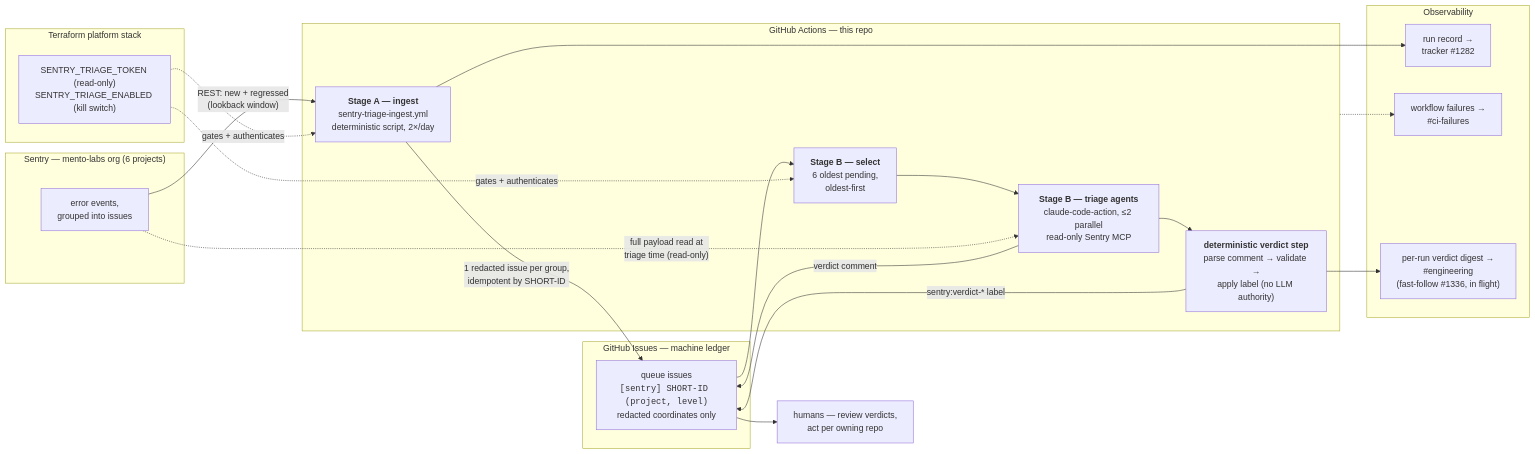
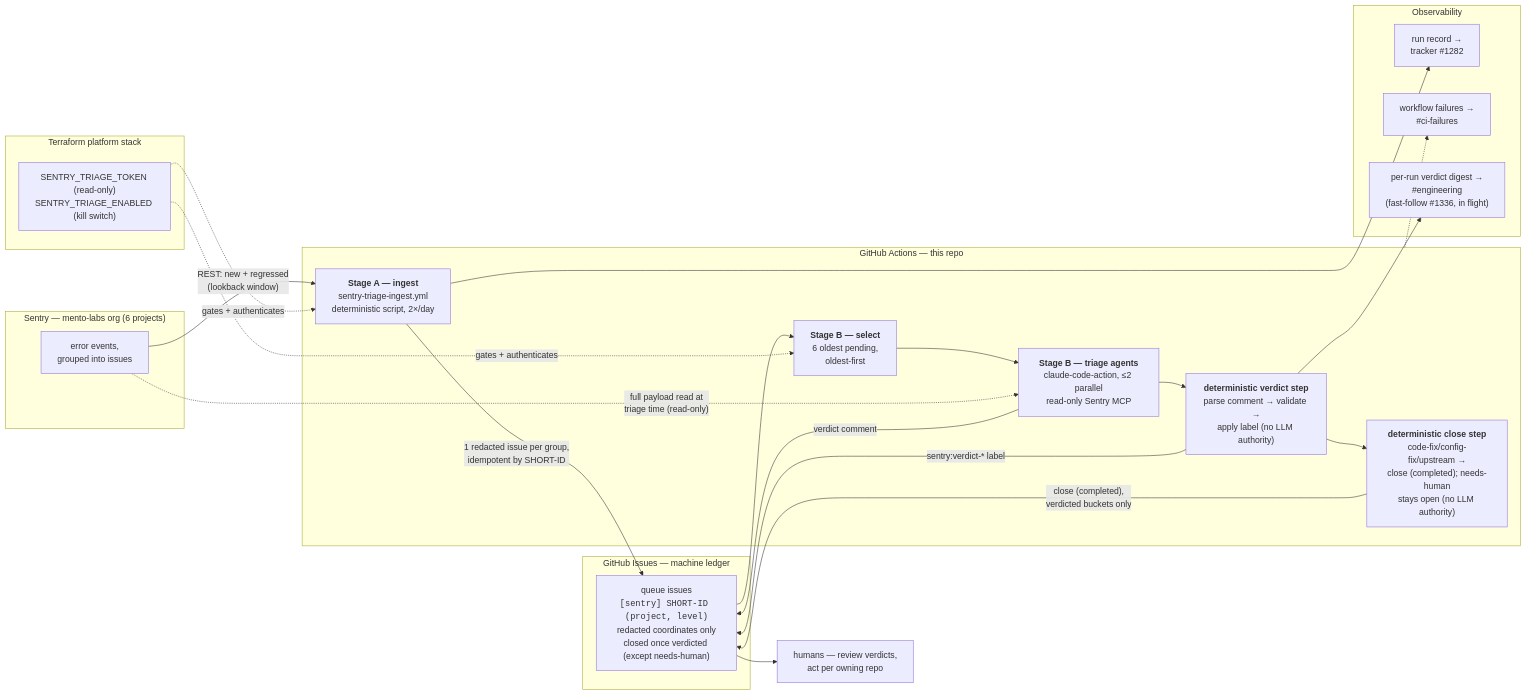
One commit to mento-protocol/monitoring-monorepo changed the first of 2 diagrams in docs/notes/sentry-triage-pipeline.md. Above: the diagram before and after it, drawn with Mermaid. The commit also changed other lines of this file and 1 other file, not shown here.

First line of the commit message:
feat(tooling): auto-close verdicted Sentry triage queue issues

````diff
--- a/docs/notes/sentry-triage-pipeline.md
+++ b/docs/notes/sentry-triage-pipeline.md
@@ -32,42 +37,45 @@
 ```mermaid
 flowchart LR
     subgraph SENTRY["Sentry — mento-labs org (6 projects)"]
         SE["error events,<br/>grouped into issues"]
     end
 
     subgraph GHA["GitHub Actions — this repo"]
         ING["<b>Stage A — ingest</b><br/>sentry-triage-ingest.yml<br/>deterministic script, 2×/day"]
         SEL["<b>Stage B — select</b><br/>6 oldest pending,<br/>oldest-first"]
         AGT["<b>Stage B — triage agents</b><br/>claude-code-action, ≤2 parallel<br/>read-only Sentry MCP"]
         LBL["<b>deterministic verdict step</b><br/>parse comment → validate →<br/>apply label (no LLM authority)"]
+        CLOSE["<b>deterministic close step</b><br/>code-fix/config-fix/upstream →<br/>close (completed); needs-human<br/>stays open (no LLM authority)"]
     end
 
     subgraph QUEUE["GitHub Issues — machine ledger"]
-        QI["queue issues<br/><code>[sentry] SHORT-ID (project, level)</code><br/>redacted coordinates only"]
+        QI["queue issues<br/><code>[sentry] SHORT-ID (project, level)</code><br/>redacted coordinates only<br/>closed once verdicted (except needs-human)"]
     end
 
     subgraph TF["Terraform platform stack"]
         SEC["SENTRY_TRIAGE_TOKEN (read-only)<br/>SENTRY_TRIAGE_ENABLED (kill switch)"]
     end
 
     subgraph OBS["Observability"]
         TRK["run record →<br/>tracker #1282"]
         CIF["workflow failures →<br/>#ci-failures"]
         ENG["per-run verdict digest →<br/>#engineering<br/>(fast-follow #1336, in flight)"]
     end
 
     HUM["humans — review verdicts,<br/>act per owning repo"]
 
     SE -- "REST: new + regressed<br/>(lookback window)" --> ING
     ING -- "1 redacted issue per group,<br/>idempotent by SHORT-ID" --> QI
     QI --> SEL --> AGT
     SE -. "full payload read at<br/>triage time (read-only)" .-> AGT
     AGT -- "verdict comment" --> QI
     LBL -- "sentry:verdict-* label" --> QI
     AGT --> LBL
+    LBL --> CLOSE
+    CLOSE -- "close (completed),<br/>verdicted buckets only" --> QI
     SEC -. "gates + authenticates" .-> ING & SEL
     ING --> TRK
     GHA -.-> CIF
     LBL --> ENG
     QI --> HUM
 ```
````
